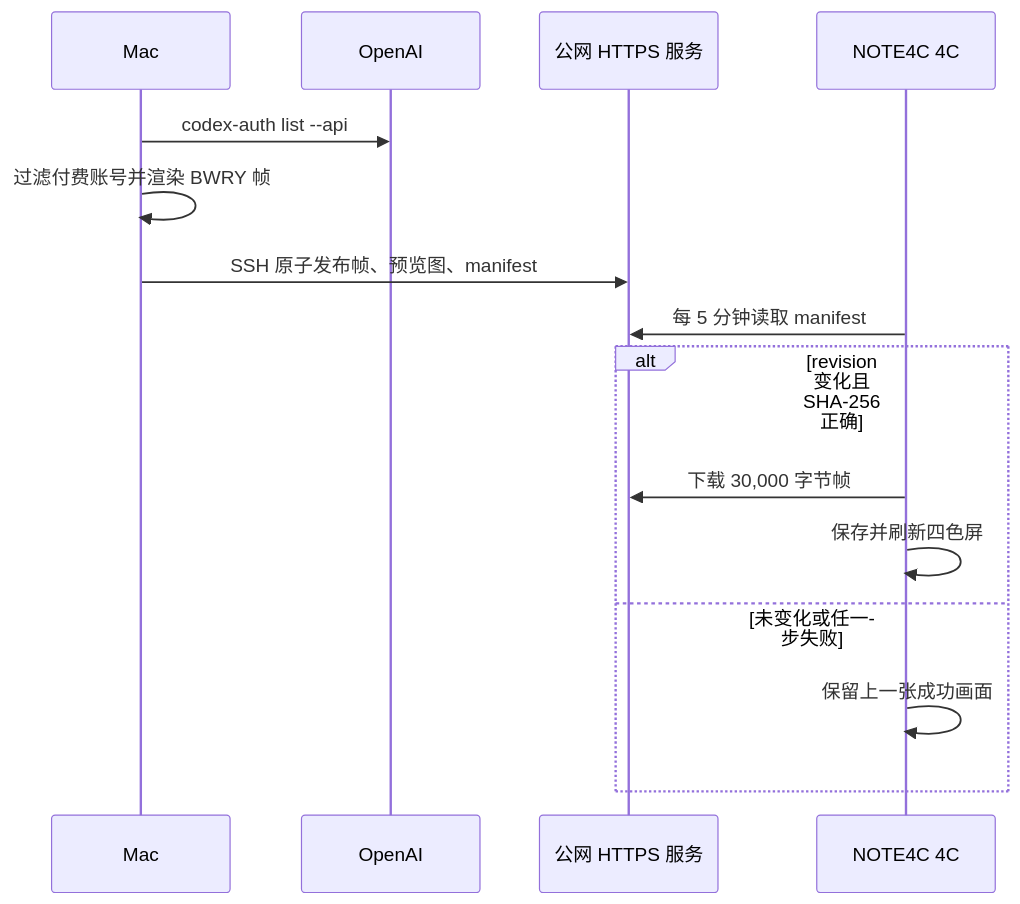
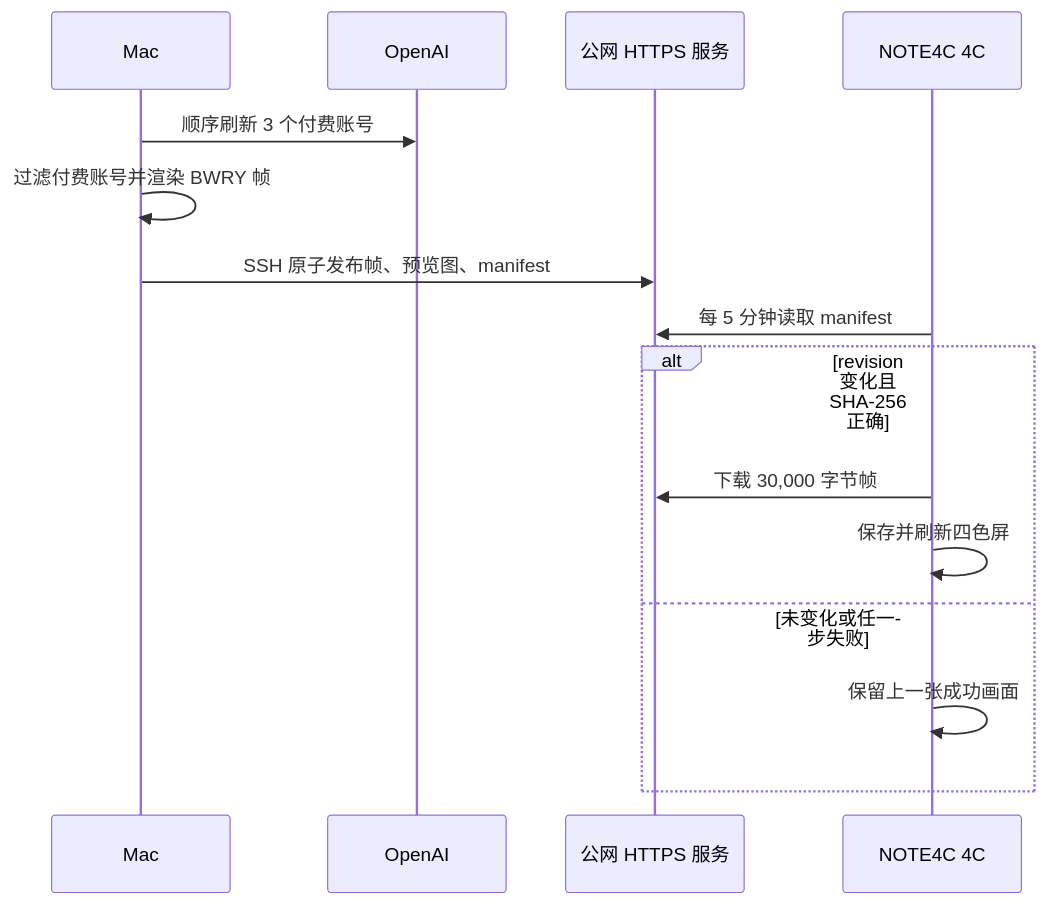
One commit to yewenkai/note4c-codex-quota-dashboard changed the diagram in README.zh-CN.md. Above: the diagram before and after it, drawn with Mermaid. The commit also changed other lines of this file and 8 other files, not shown here.

````diff
--- a/README.zh-CN.md
+++ b/README.zh-CN.md
@@ -48,17 +48,17 @@
 ```mermaid
 sequenceDiagram
     participant M as Mac
     participant O as OpenAI
     participant S as 公网 HTTPS 服务
     participant N as NOTE4C 4C
-    M->>O: codex-auth list --api
+    M->>O: 顺序刷新 3 个付费账号
     M->>M: 过滤付费账号并渲染 BWRY 帧
     M->>S: SSH 原子发布帧、预览图、manifest
     N->>S: 每 5 分钟读取 manifest
     alt revision 变化且 SHA-256 正确
         N->>S: 下载 30,000 字节帧
         N->>N: 保存并刷新四色屏
     else 未变化或任一步失败
         N->>N: 保留上一张成功画面
     end
 ```
````
